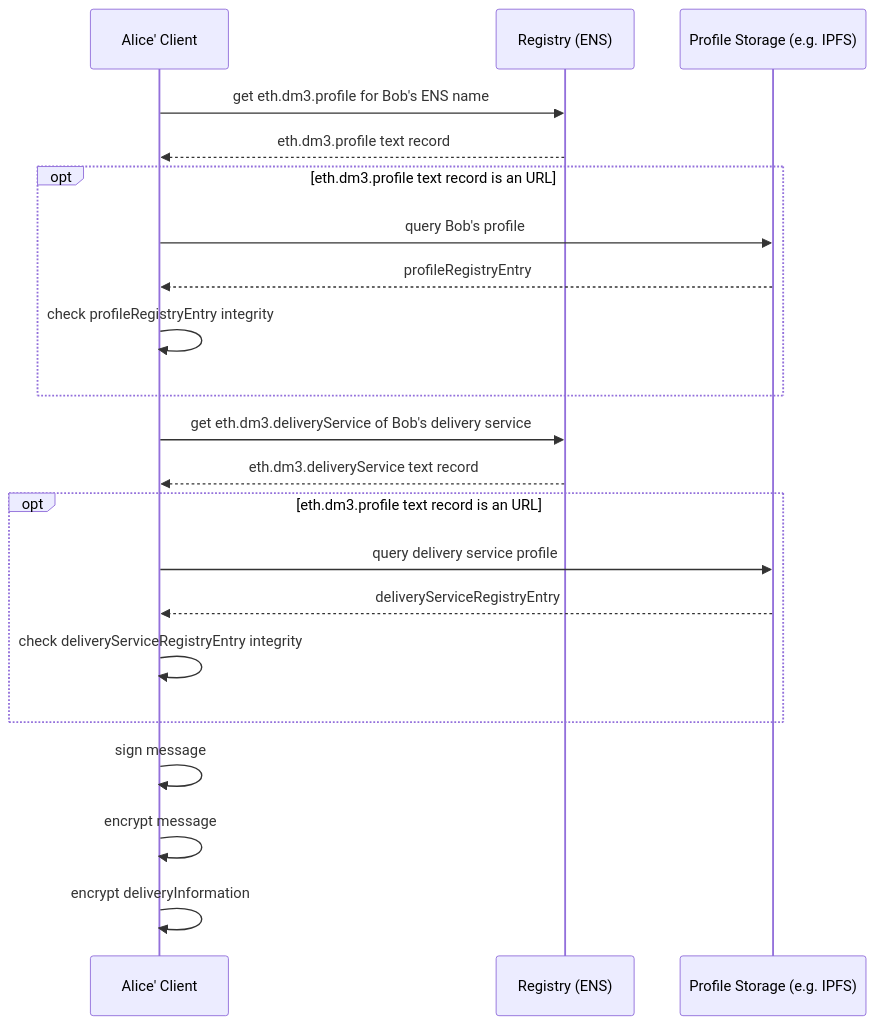
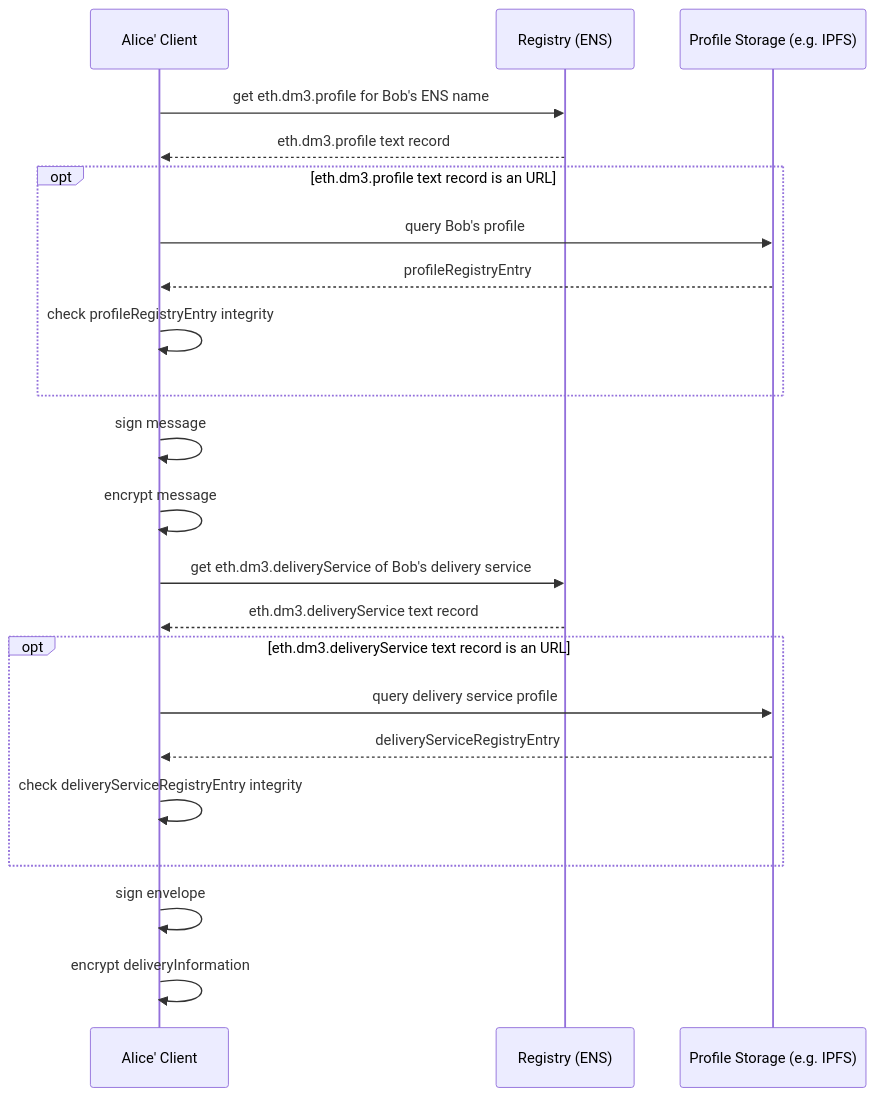
Before and after one commit to dm3-org/dm3-spec: the first of 2 diagrams in docs/specification/message-transport/mtp-transport.md, drawn with Mermaid. The commit also changed other lines of this file and 3 other files, not shown here.

````diff
--- a/docs/specification/message-transport/mtp-transport.md
+++ b/docs/specification/message-transport/mtp-transport.md
@@ -47,23 +47,26 @@
 ```{mermaid}
   sequenceDiagram
     participant AA as Alice' Client
     participant E as Registry (ENS)
     participant P as Profile Storage (e.g. IPFS)
     AA->>E: get eth.dm3.profile for Bob's ENS name
     E-->>AA: eth.dm3.profile text record
     opt eth.dm3.profile text record is an URL
       AA->>P: query Bob's profile
       P-->>AA: profileRegistryEntry
       AA->>AA: check profileRegistryEntry integrity
     end
+    AA->>AA: sign message
+    AA->>AA: encrypt message
+
     AA->>E: get eth.dm3.deliveryService of Bob's delivery service
     E-->>AA: eth.dm3.deliveryService text record
-    opt eth.dm3.profile text record is an URL
+    opt eth.dm3.deliveryService text record is an URL
       AA->>P: query delivery service profile 
       P-->>AA: deliveryServiceRegistryEntry
       AA->>AA: check deliveryServiceRegistryEntry integrity
     end
-    AA->>AA: sign message
-    AA->>AA: encrypt message
+   
+    AA->>AA: sign envelope
     AA->>AA: encrypt deliveryInformation
 ```
````
